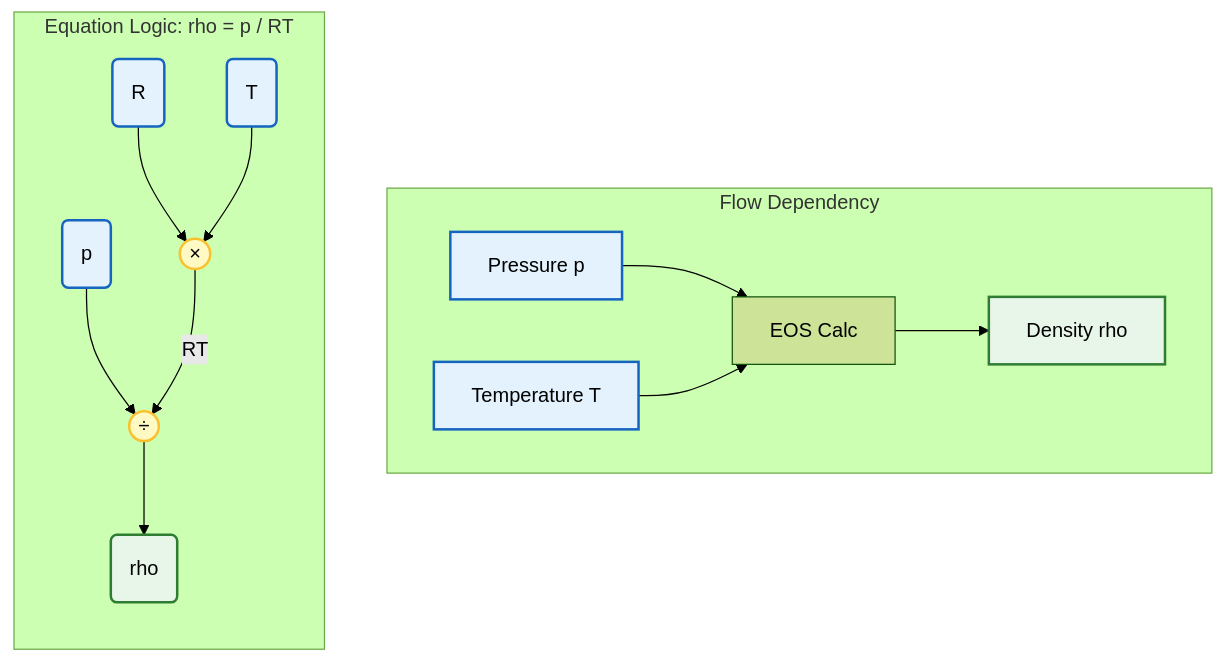
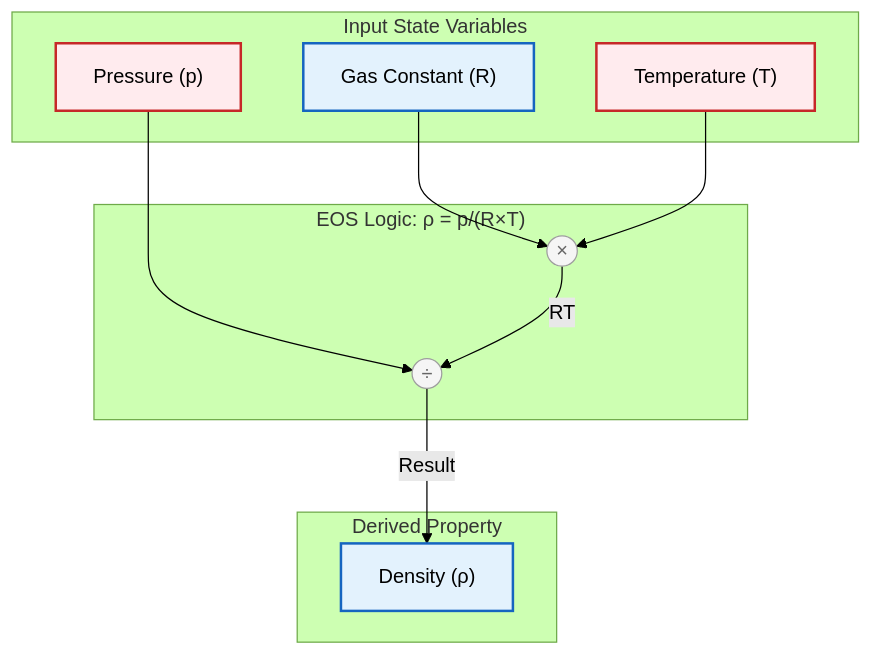
The seventh of 8 diagrams in MODULE_01_CFD_FUNDAMENTALS/CONTENT/02_FINITE_VOLUME_METHOD/02_Fundamental_Concepts.md (wramet/build-my-cfd), drawn with Mermaid (forest theme) before and after one commit. The commit also changed other lines of this file and 313 other files, not shown here.

Commit message:
Revise all diagram

````diff
--- a/MODULE_01_CFD_FUNDAMENTALS/CONTENT/02_FINITE_VOLUME_METHOD/02_Fundamental_Concepts.md
+++ b/MODULE_01_CFD_FUNDAMENTALS/CONTENT/02_FINITE_VOLUME_METHOD/02_Fundamental_Concepts.md
@@ -335,45 +314,27 @@
 ```mermaid
 graph TD
-    %% 1. High-Level Dependency
-    subgraph Context [Flow Dependency]
-        direction LR
-        In_P[Pressure p] --> Process[EOS Calc]
-        In_T[Temperature T] --> Process
-        Process --> Out_Rho[Density rho]
-    end
+classDef implicit fill:#e3f2fd,stroke:#1565c0,stroke-width:2px;
+classDef explicit fill:#ffebee,stroke:#c62828,stroke-width:2px;
+classDef context fill:#f5f5f5,stroke:#9e9e9e,stroke-width:1px,color:#666;
 
-    %% 2. Detailed Calculation Logic (Expression Tree)
-    subgraph Logic [Equation Logic: rho = p / RT]
-        direction TB
-        
-        %% Inputs
-        L_P(p)
-        L_R(R)
-        L_T(T)
+subgraph Inputs["Input State Variables"]
+    P["Pressure (p)"]:::explicit
+    T["Temperature (T)"]:::explicit
+    R["Gas Constant (R)"]:::implicit
+end
 
-        %% Operators
-        Op_Mult(("×"))
-        Op_Div(("÷"))
+subgraph Calculation["EOS Logic: ρ = p/(R×T)"]
+    Mult(("×")):::context
+    Div(("÷")):::context
+end
 
-        %% Result
-        L_Rho(rho)
+subgraph Output["Derived Property"]
+    Rho["Density (ρ)"]:::implicit
+end
 
-        %% Connections
-        L_R --> Op_Mult
-        L_T --> Op_Mult
-        
-        L_P --> Op_Div
-        Op_Mult -->|RT| Op_Div
-        
-        Op_Div --> L_Rho
-    end
-
-    %% Styling
-    classDef inputs fill:#e3f2fd,stroke:#1565c0,stroke-width:2px;
-    classDef result fill:#e8f5e9,stroke:#2e7d32,stroke-width:2px;
-    classDef operator fill:#fff9c4,stroke:#fbc02d,stroke-width:2px,shape:circle;
-
-    class In_P,In_T,L_P,L_R,L_T inputs;
-    class Out_Rho,L_Rho result;
-    class Op_Mult,Op_Div operator;
+R --> Mult
+T --> Mult
+P --> Div
+Mult -->|RT| Div
+Div -->|Result| Rho
 ```
````
